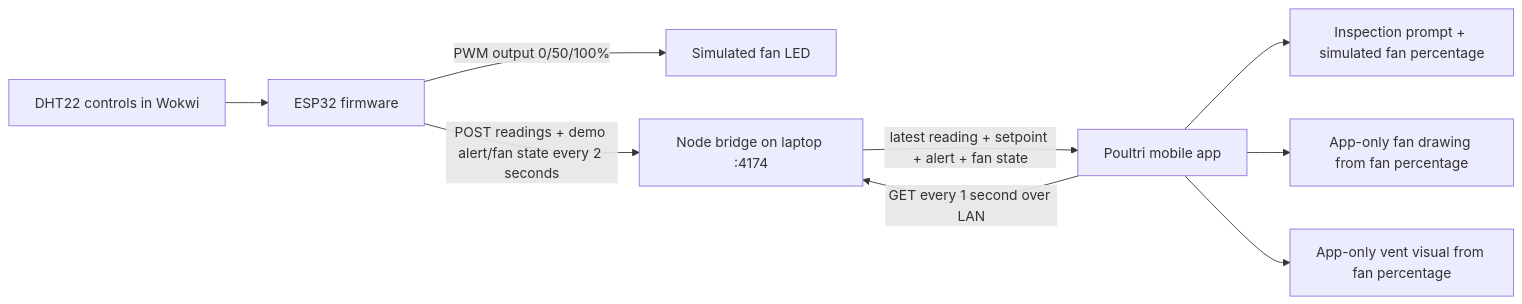
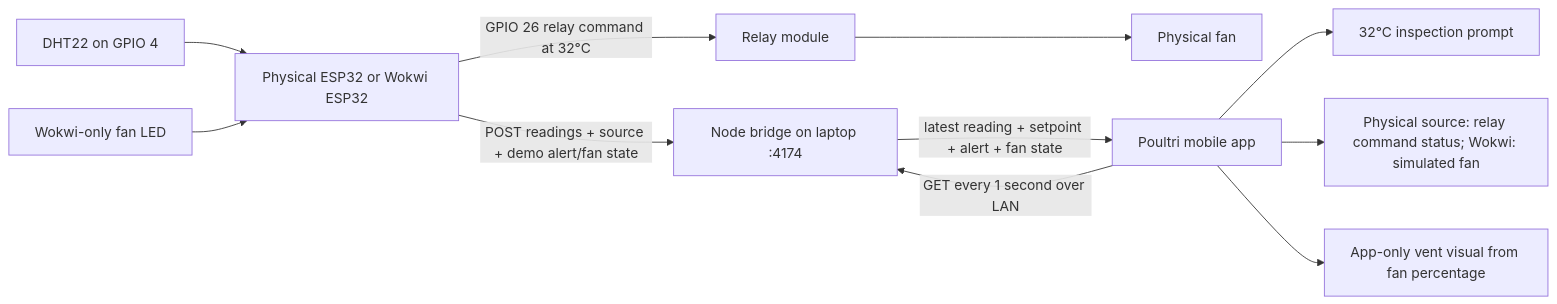
Before and after one commit to kyledelfin2006/poultri-startup: the first of 2 diagrams in build-requirements.md, drawn with Mermaid. The commit also changed other lines of this file and 22 other files, not shown here.

Commit message:
feat: connect Poultri app to local ESP32 demo

````diff
--- a/build-requirements.md
+++ b/build-requirements.md
@@ -7,11 +7,12 @@
 ```mermaid
 flowchart LR
-    DHT[DHT22 controls in Wokwi] --> ESP[ESP32 firmware]
-    ESP -->|PWM output 0/50/100%| LED[Simulated fan LED]
-    ESP -->|POST readings + demo alert/fan state every 2 seconds| Bridge[Node bridge on laptop :4174]
+    DHT[DHT22 on GPIO 4] --> ESP[Physical ESP32 or Wokwi ESP32]
+    WokwiLED[Wokwi-only fan LED] --> ESP
+    ESP -->|POST readings + source + demo alert/fan state| Bridge[Node bridge on laptop :4174]
+    ESP -->|GPIO 26 relay command at 32°C| Relay[Relay module] --> Fan[Physical fan]
     App[Poultri mobile app] -->|GET every 1 second over LAN| Bridge
     Bridge -->|latest reading + setpoint + alert + fan state| App
-    App --> Prompt[Inspection prompt + simulated fan percentage]
-    App --> FanVisual[App-only fan drawing from fan percentage]
+    App --> Prompt[32°C inspection prompt]
+    App --> FanVisual[Physical source: relay command status; Wokwi: simulated fan]
     App --> Vent[App-only vent visual from fan percentage]
 ```
````
